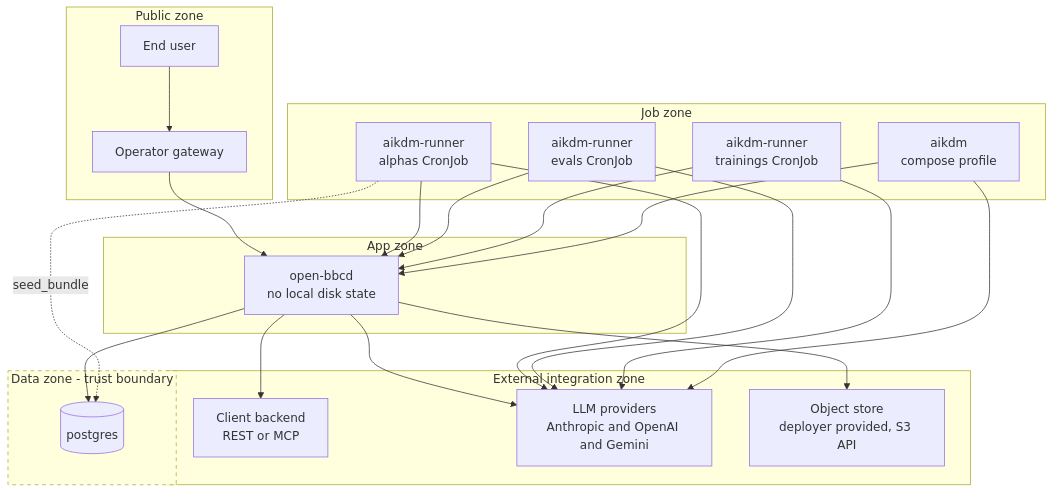
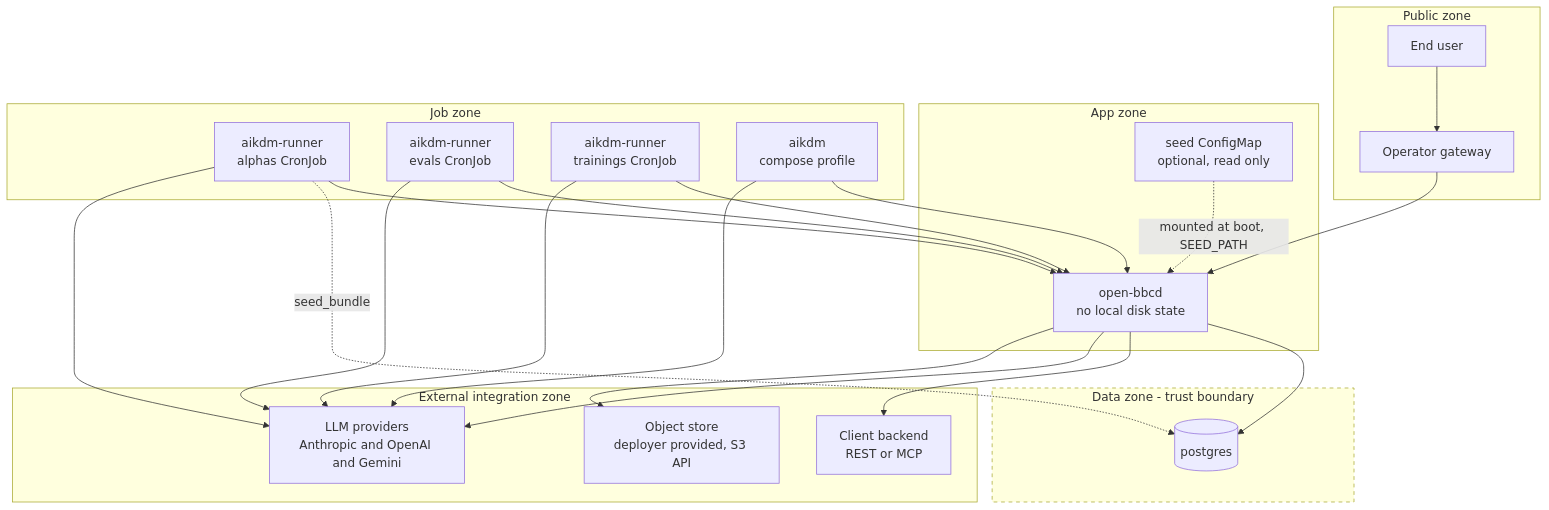
The diagram in docs/architecture/current/c4/deployment.md (DACdigital/openbbc-docs), drawn with Mermaid before and after one commit. The commit also changed other lines of this file and 14 other files, not shown here.

````diff
--- a/docs/architecture/current/c4/deployment.md
+++ b/docs/architecture/current/c4/deployment.md
@@ -86,50 +105,52 @@
 ```mermaid
 flowchart TB
     subgraph PUBLIC[Public zone]
         USER[End user]
         GW[Operator gateway]
     end
 
     subgraph APP[App zone]
         OBBCD[open-bbcd<br/>no local disk state]
+        SEED[seed ConfigMap<br/>optional, read only]
     end
 
     subgraph JOB[Job zone]
         AIKDMR_A[aikdm-runner<br/>alphas CronJob]
         AIKDMR_E[aikdm-runner<br/>evals CronJob]
         AIKDMR_T[aikdm-runner<br/>trainings CronJob]
         AIKDM[aikdm<br/>compose profile]
     end
 
     subgraph DATA[Data zone - trust boundary]
         DB[(postgres)]
     end
 
     subgraph EXT[External integration zone]
         BE[Client backend<br/>REST or MCP]
         LLM[LLM providers<br/>Anthropic and OpenAI and Gemini]
         OSTORE[Object store<br/>deployer provided, S3 API]
     end
 
     USER --> GW
     GW --> OBBCD
     OBBCD --> DB
     OBBCD --> BE
     OBBCD --> LLM
     OBBCD --> OSTORE
 
     AIKDMR_A --> OBBCD
     AIKDMR_E --> OBBCD
     AIKDMR_T --> OBBCD
     AIKDM --> OBBCD
 
     AIKDMR_A -.->|seed_bundle| DB
+    SEED -.->|mounted at boot, SEED_PATH| OBBCD
 
     AIKDMR_A --> LLM
     AIKDMR_E --> LLM
     AIKDMR_T --> LLM
     AIKDM --> LLM
 
     classDef trust stroke-dasharray: 5 5
     class DATA trust
 ```
````
